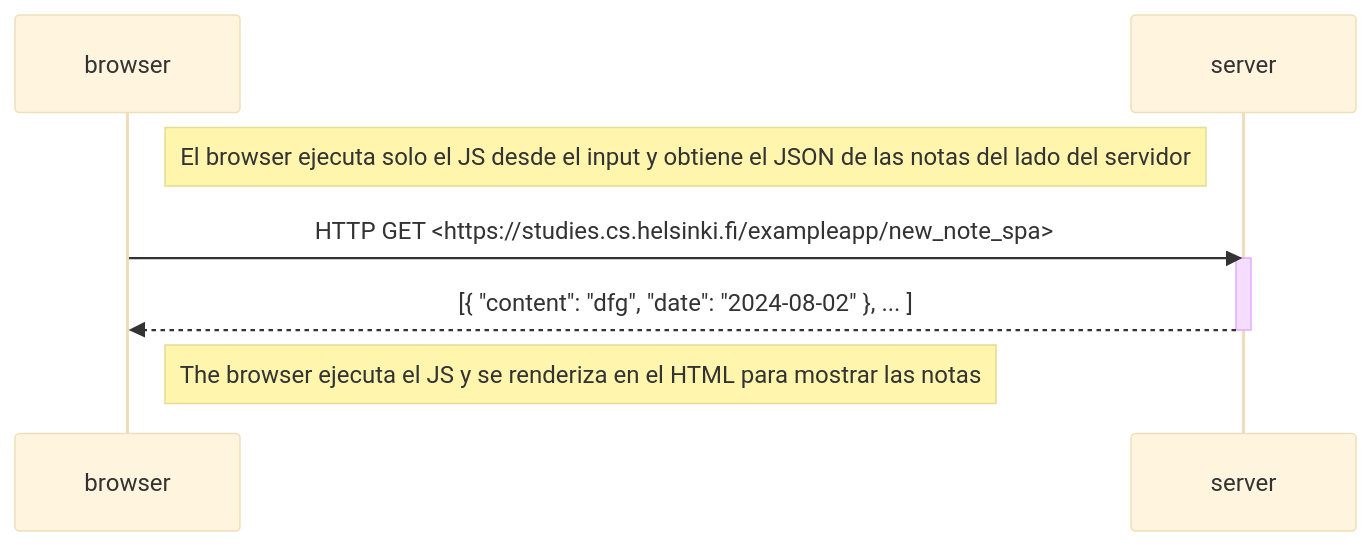
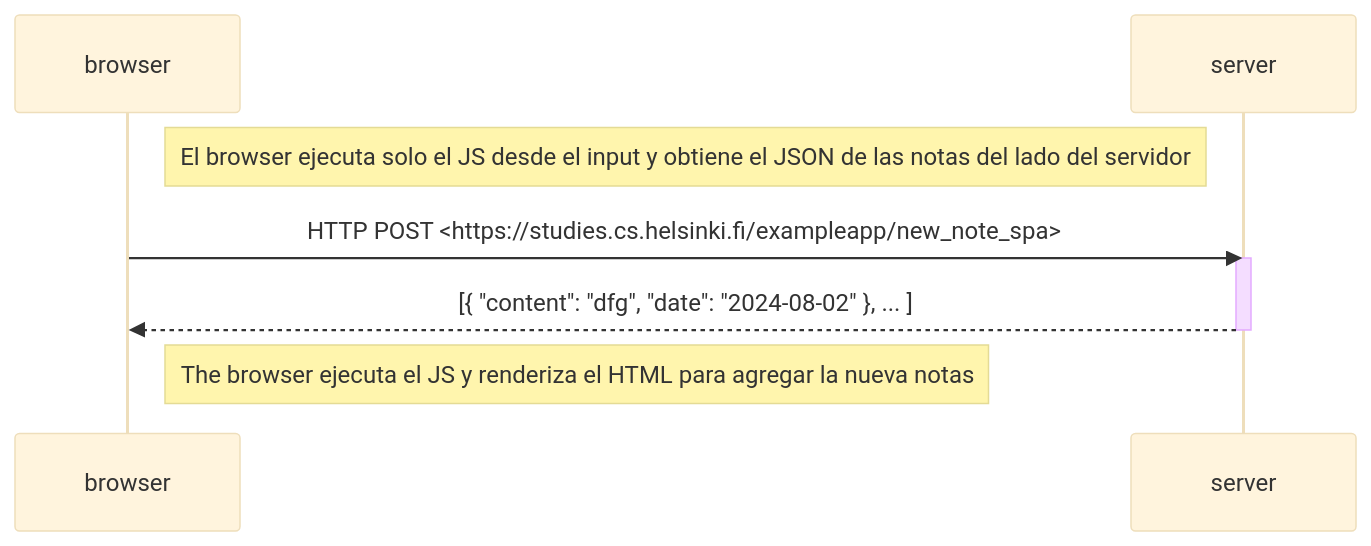
One commit to sirknio/exerc_hels_0 changed the third of 3 diagrams in README.md. Above: the diagram before and after it, drawn with Mermaid (base theme). The commit also changed other lines of this file, not shown here.

````diff
--- a/README.md
+++ b/README.md
@@ -114,17 +106,17 @@
 ```mermaid
 
 sequenceDiagram
     participant browser
     participant server
 
     Note right of browser: El browser ejecuta solo el JS desde el input y obtiene el JSON de las notas del lado del servidor
 
-    browser->>server: HTTP GET <https://studies.cs.helsinki.fi/exampleapp/new_note_spa>
+    browser->>server: HTTP POST <https://studies.cs.helsinki.fi/exampleapp/new_note_spa>
     activate server
     server-->>browser: [{ "content": "dfg", "date": "2024-08-02" }, ... ]
     deactivate server
 
-    Note right of browser: The browser ejecuta el JS y se renderiza en el HTML para mostrar las notas
+    Note right of browser: The browser ejecuta el JS y renderiza el HTML para agregar la nueva notas
 
 
 ```
````
